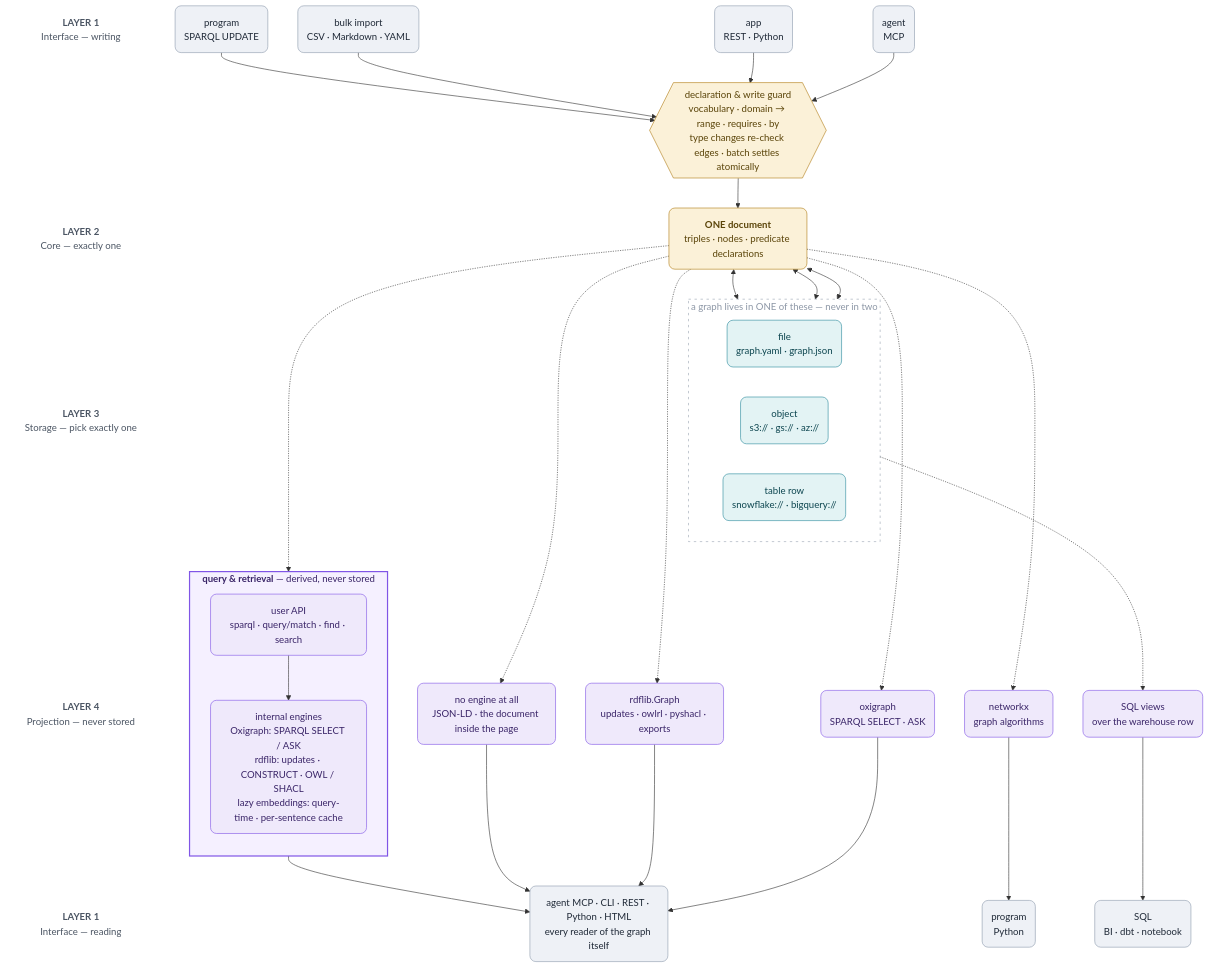
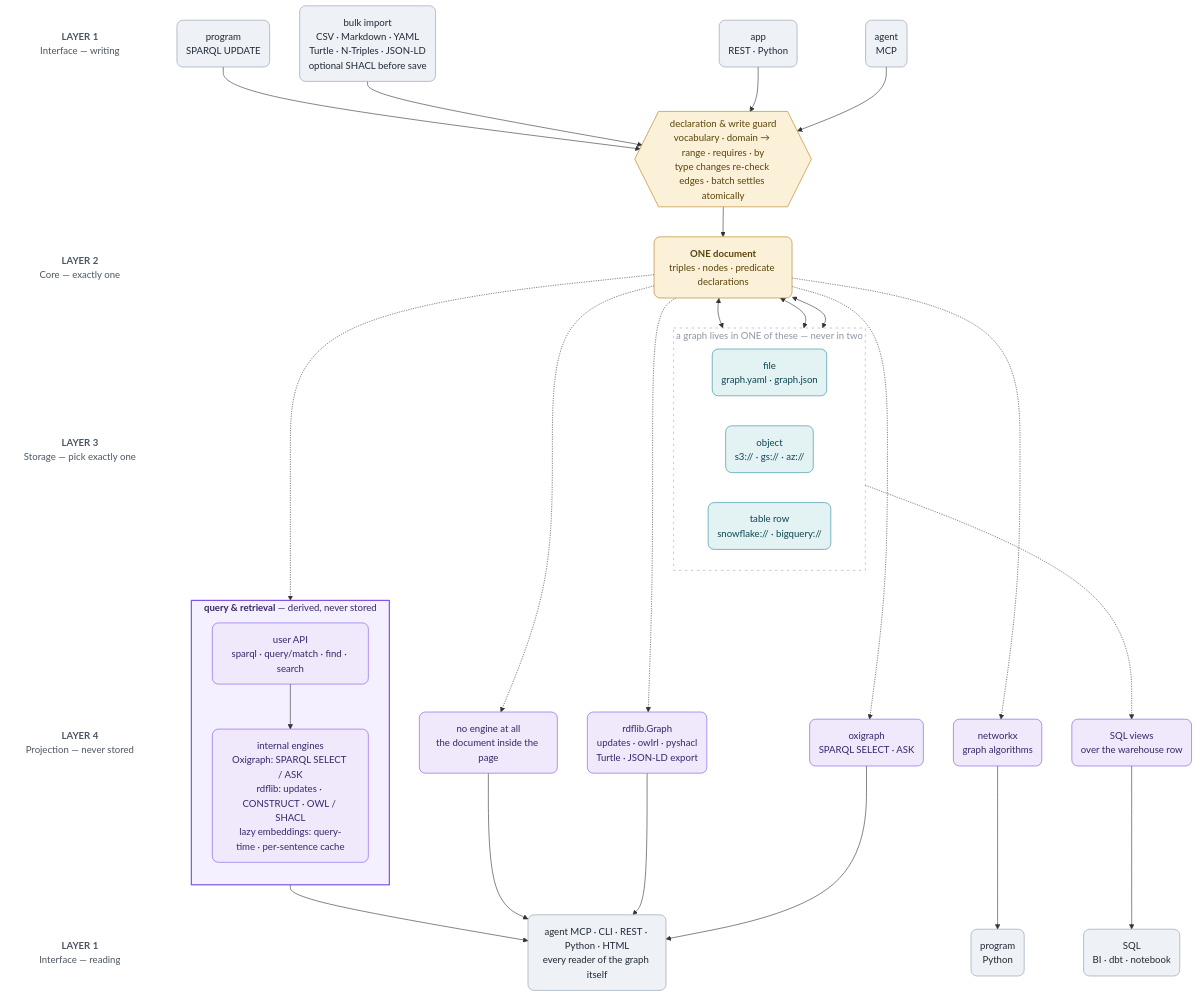
One commit to RyutoYoda/trikedb changed the diagram in docs/ARCHITECTURE.md. Above: the diagram before and after it, drawn with Mermaid. The commit also changed other lines of this file and 2 other files, not shown here.

Commit message:
Clarify RDF interchange in architecture diagrams (#32)

````diff
--- a/docs/ARCHITECTURE.md
+++ b/docs/ARCHITECTURE.md
@@ -7,75 +7,75 @@
 ```mermaid
 flowchart TB
     LA["<b>LAYER 1</b><br/>Interface — writing"]
     LG[" "]
     LB["<b>LAYER 2</b><br/>Core — exactly one"]
     LC["<b>LAYER 3</b><br/>Storage — pick exactly one"]
     LD["<b>LAYER 4</b><br/>Projection — never stored"]
     LE["<b>LAYER 1</b><br/>Interface — reading"]
     LA ~~~ LG ~~~ LB ~~~ LC ~~~ LD ~~~ LE
 
     WA("agent<br/>MCP")
     WC("app<br/>REST · Python")
-    WI("bulk import<br/>CSV · Markdown · YAML")
+    WI("bulk import<br/>CSV · Markdown · YAML<br/>Turtle · N-Triples · JSON-LD<br/>optional SHACL before save")
     WP("program<br/>SPARQL UPDATE")
     G{{"declaration & write guard<br/>vocabulary · domain → range · requires · by<br/>type changes re-check edges · batch settles atomically"}}
     C("<b>ONE document</b><br/>triples · nodes · predicate declarations")
     subgraph pick["a graph lives in ONE of these — never in two"]
         direction LR
         SF("file<br/>graph.yaml · graph.json")
         SO("object<br/>s3:// · gs:// · az://")
         SW("table row<br/>snowflake:// · bigquery://")
     end
     PO("oxigraph<br/>SPARQL SELECT · ASK")
-    PR("rdflib.Graph<br/>updates · owlrl · pyshacl · exports")
+    PR("rdflib.Graph<br/>updates · owlrl · pyshacl<br/>Turtle · JSON-LD export")
     PN("networkx<br/>graph algorithms")
     PV("SQL views<br/>over the warehouse row")
-    PD("no engine at all<br/>JSON-LD · the document inside the page")
+    PD("no engine at all<br/>the document inside the page")
     subgraph query["<b>query & retrieval</b> — derived, never stored"]
         direction TB
         QAPI["user API<br/>sparql · query/match · find · search"]
         QENG["internal engines<br/>Oxigraph: SPARQL SELECT / ASK<br/>rdflib: updates · CONSTRUCT · OWL / SHACL<br/>lazy embeddings: query-time · per-sentence cache"]
         QAPI --> QENG
     end
     RQ("agent MCP · CLI · REST · Python · HTML<br/>every reader of the graph itself")
     RG("program<br/>Python")
     RS("SQL<br/>BI · dbt · notebook")
 
     WA --> G
     WC --> G
     WI --> G
     WP --> G
     G --> C
     C <--> SF
     C <--> SO
     C <--> SW
     SF ~~~ PO
     SF ~~~ PR
     SO ~~~ PN
     SW -.-> PV
     SW ~~~ PD
     C -.-> PO
     C -.-> PR
     C -.-> PN
     C -.-> PD
     C -.-> QAPI
     QENG --> RQ
     PO --> RQ
     PR --> RQ
     PN --> RG
     PV --> RS
     PD --> RQ
 
     style pick fill:none,stroke:#9aa4b3,stroke-width:1px,stroke-dasharray:4 6,color:#8d97a6
     style query fill:#f5f0ff,stroke:#8055e6,stroke-width:2px,color:#3a2568
     classDef lbl fill:none,stroke:none,color:#4b5563
     classDef iface fill:#eef1f6,stroke:#8d9aad,color:#1f2937,rx:10,ry:10
     classDef core fill:#fbf1d8,stroke:#b07d17,color:#5a4409,rx:10,ry:10
     classDef store fill:#e3f3f4,stroke:#2b8a9c,color:#0c454f,rx:10,ry:10
     classDef proj fill:#efe9fb,stroke:#8055e6,color:#3a2568,rx:10,ry:10
     class LA,LG,LB,LC,LD,LE lbl
     class WA,WC,WI,WP,RQ,RG,RS iface
     class C,G core
     class SF,SO,SW store
     class PO,PR,PN,PV,PD,QAPI,QENG proj
 ```
````
